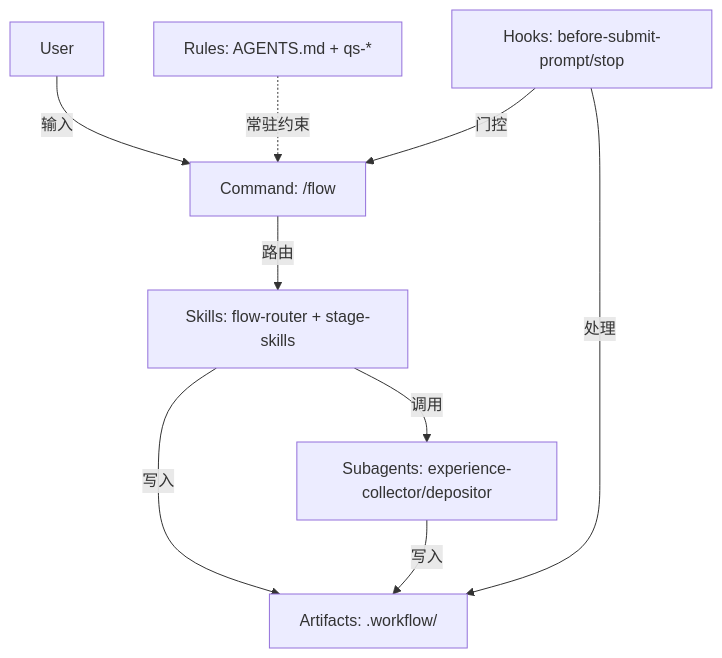
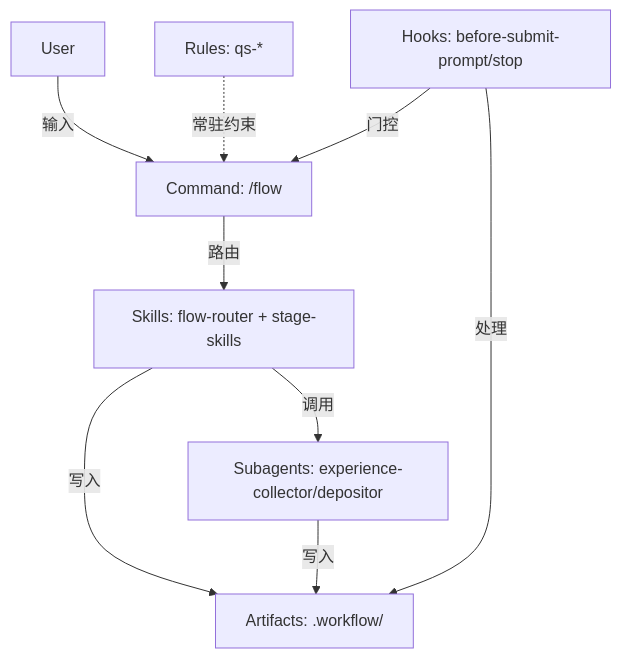
The diagram in docs/05-development/research/cursor-capabilities-analysis.md (tower1229/LingXi), drawn with Mermaid before and after one commit. The commit also changed other lines of this file and 13 other files, not shown here.

Commit message:
Remove AGENTS.md and update related installation scripts and documentation to reflect the transition of workflow tool constraints to Skills/Commands. This change simplifies the architecture and enhances clarity in the management of project-level quality standards.

````diff
--- a/docs/05-development/research/cursor-capabilities-analysis.md
+++ b/docs/05-development/research/cursor-capabilities-analysis.md
@@ -290,19 +290,19 @@
 ```mermaid
 graph TB
     User[User]
     Command[Command: /flow]
-    Rule[Rules: AGENTS.md + qs-*]
+    Rule[Rules: qs-*]
     Skill[Skills: flow-router + stage-skills]
     Subagent[Subagents: experience-collector/depositor]
     Hook[Hooks: before-submit-prompt/stop]
     Artifacts[Artifacts: .workflow/]
     
     User -->|输入| Command
     Rule -.->|常驻约束| Command
     Command -->|路由| Skill
     Skill -->|调用| Subagent
     Skill -->|写入| Artifacts
     Subagent -->|写入| Artifacts
     Hook -->|门控| Command
     Hook -->|处理| Artifacts
 ```
````
